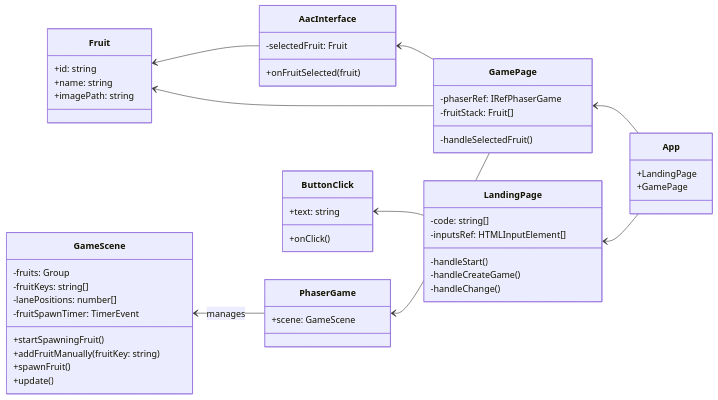
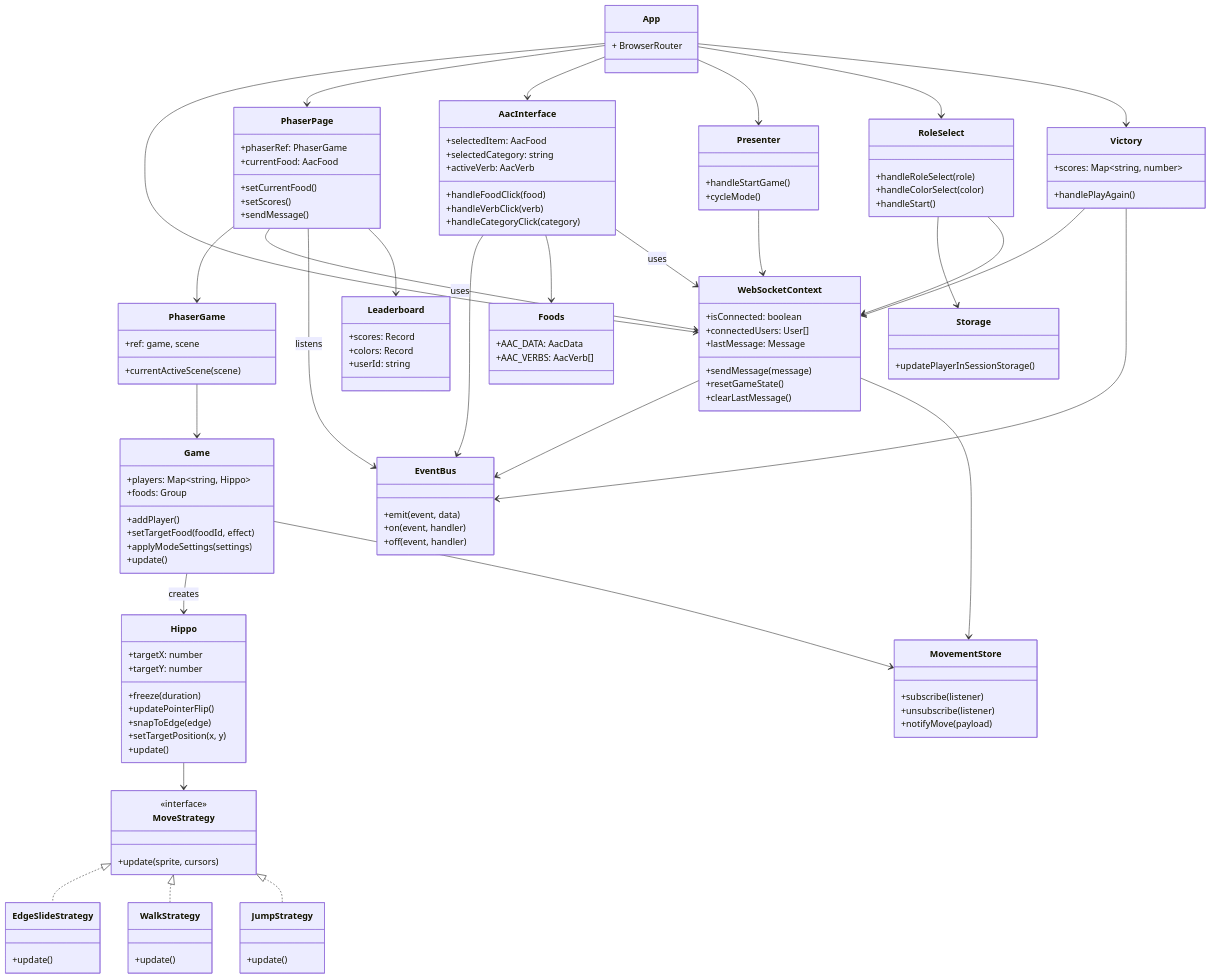
Before and after one commit to tug74295/project-acc-hungry-hippos: the second of 2 diagrams in documentation/docs/system-architecture/class-diagrams.md, drawn with Mermaid. The commit also changed other lines of this file and 3 other files, not shown here.

Commit message:
Added frontend class diagram

````diff
--- a/documentation/docs/system-architecture/class-diagrams.md
+++ b/documentation/docs/system-architecture/class-diagrams.md
@@ -93,66 +93,154 @@
 ```mermaid
 classDiagram
-direction RL
+  direction TB
 
-class App {
-  +LandingPage
-  +GamePage
-}
+  class App {
+    +<Routes> BrowserRouter
+  }
 
-class LandingPage {
-  -code: string[]
-  -inputsRef: HTMLInputElement[]
-  -handleStart()
-  -handleCreateGame()
-  -handleChange()
-}
+  class WebSocketContext {
+    +isConnected: boolean
+    +connectedUsers: User[]
+    +lastMessage: Message
+    +sendMessage(message)
+    +resetGameState()
+    +clearLastMessage()
+  }
 
-class GamePage {
-  -phaserRef: IRefPhaserGame
-  -fruitStack: Fruit[]
-  -handleSelectedFruit()
-}
+  class AacInterface {
+    +selectedItem: AacFood
+    +selectedCategory: string
+    +activeVerb: AacVerb
+    +handleFoodClick(food)
+    +handleVerbClick(verb)
+    +handleCategoryClick(category)
+  }
 
-class AacInterface {
-  -selectedFruit: Fruit
-  +onFruitSelected(fruit)
-}
+  class PhaserGame {
+    +ref: game, scene
+    +currentActiveScene(scene)
+  }
 
-class PhaserGame {
-  +scene: GameScene
-}
+  class Game {
+    +players: Map~string, Hippo~
+    +foods: Group
+    +addPlayer()
+    +setTargetFood(foodId, effect)
+    +applyModeSettings(settings)
+    +update()
+  }
 
-class ButtonClick {
-  +text: string
-  +onClick()
-}
+  class Hippo {
+    +targetX: number
+    +targetY: number
+    +freeze(duration)
+    +updatePointerFlip()
+    +snapToEdge(edge)
+    +setTargetPosition(x, y)
+    +update()
+  }
 
-class Fruit {
-  +id: string
-  +name: string
-  +imagePath: string
-}
+  class MoveStrategy {
+    <<interface>>
+    +update(sprite, cursors)
+  }
+
+  class EdgeSlideStrategy {
+    +update()
+  }
+
+  class WalkStrategy {
+    +update()
+  }
+
+  class JumpStrategy {
+    +update()
+  }
+
+  class Presenter {
+    +handleStartGame()
+    +cycleMode()
+  }
+
+  class RoleSelect {
+    +handleRoleSelect(role)
+    +handleColorSelect(color)
+    +handleStart()
+  }
+
+  class PhaserPage {
+    +phaserRef: PhaserGame
+    +currentFood: AacFood
+    +setCurrentFood()
+    +setScores()
+    +sendMessage()
+  }
+
+  class Victory {
+    +scores: Map~string, number~
+    +handlePlayAgain()
+  }
+
+  class Storage {
+    +updatePlayerInSessionStorage()
+  }
+
+  class Foods {
+    +AAC_DATA: AacData
+    +AAC_VERBS: AacVerb[]
+  }
+
+  class EventBus {
+    +emit(event, data)
+    +on(event, handler)
+    +off(event, handler)
+  }
+
+  class Leaderboard {
+    +scores: Record<string, number>
+    +colors: Record<string, string>
+    +userId: string
+  }
+
+  class MovementStore {
+    +subscribe(listener)
+    +unsubscribe(listener)
+    +notifyMove(payload)
+  }
+
+  %% Relationships
+  App --> WebSocketContext
+  App --> PhaserPage
+  App --> AacInterface
+  App --> Presenter
+  App --> RoleSelect
+  App --> Victory
+
+  WebSocketContext --> EventBus
+  WebSocketContext --> MovementStore
+
+  AacInterface --> EventBus
+  AacInterface --> Foods
+  AacInterface --> WebSocketContext : uses
+
+  PhaserGame --> Game
+  PhaserPage --> PhaserGame
+  PhaserPage --> WebSocketContext : uses
+  PhaserPage --> EventBus : listens
+  PhaserPage --> Leaderboard
+
+  Game --> Hippo : creates
+  Game --> MovementStore
+  Hippo --> MoveStrategy
+  MoveStrategy <|.. EdgeSlideStrategy
+  MoveStrategy <|.. WalkStrategy
+  MoveStrategy <|.. JumpStrategy
+
+  RoleSelect --> Storage
+  RoleSelect --> WebSocketContext
+  Presenter --> WebSocketContext
+  Victory --> WebSocketContext
+  Victory --> EventBus
 
 
-class GameScene {
-  -fruits: Group
-  -fruitKeys: string[]
-  -lanePositions: number[]
-  -fruitSpawnTimer: TimerEvent
-  +startSpawningFruit()
-  +addFruitManually(fruitKey: string)
-  +spawnFruit()
-  +update()
-}
-
-App --> LandingPage
-App --> GamePage
-
-LandingPage --> ButtonClick
-GamePage --> AacInterface
-GamePage --> PhaserGame
-AacInterface --> Fruit
-GamePage --> Fruit
-
-PhaserGame --> GameScene : manages
 ```
````
